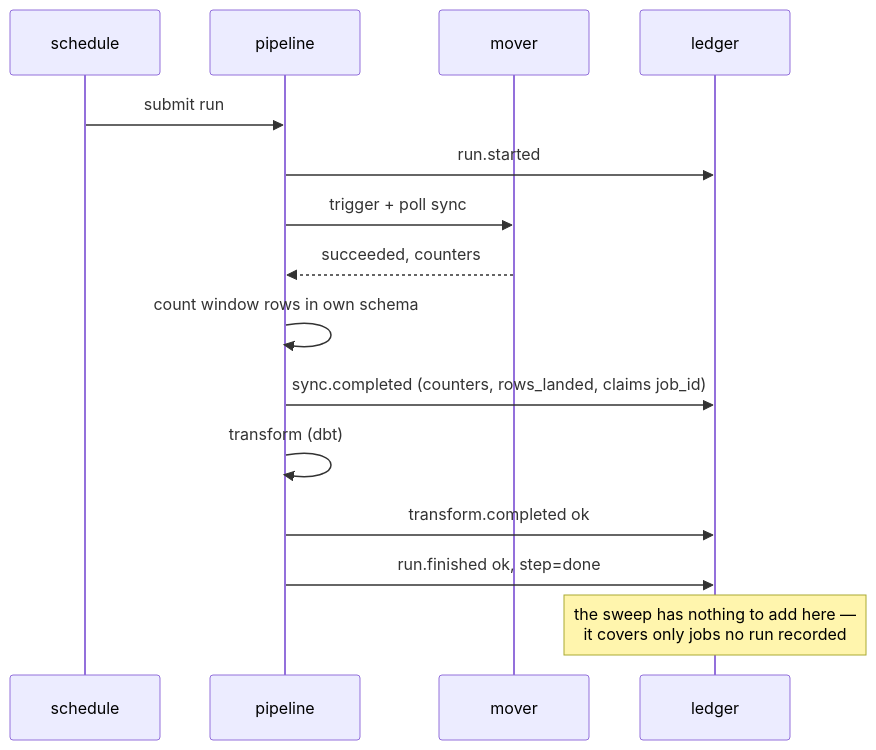
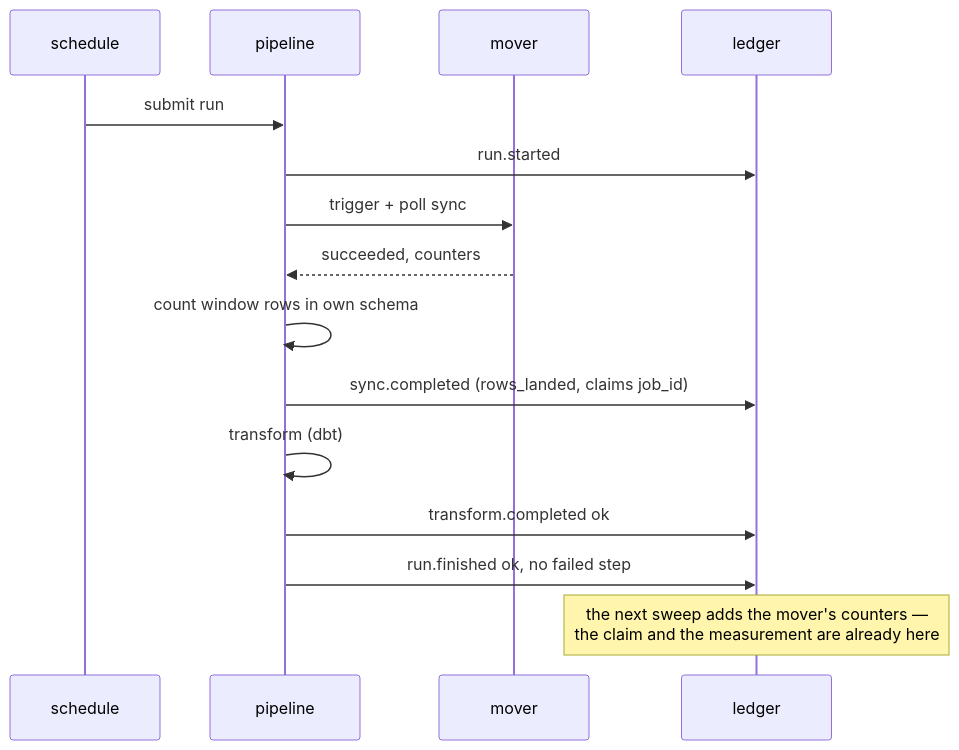
One commit to constructorfabric/insight changed the second of 5 diagrams in docs/components/backend/analytics/specs/connector-health/DESIGN.md. Above: the diagram before and after it, drawn with Mermaid. The commit also changed other lines of this file and 1 other file, not shown here.

````diff
--- a/docs/components/backend/analytics/specs/connector-health/DESIGN.md
+++ b/docs/components/backend/analytics/specs/connector-health/DESIGN.md
@@ -482,17 +482,17 @@
 ```mermaid
 sequenceDiagram
     participant CW as schedule
     participant PL as pipeline
     participant MV as mover
     participant LG as ledger
     CW->>PL: submit run
     PL->>LG: run.started
     PL->>MV: trigger + poll sync
     MV-->>PL: succeeded, counters
     PL->>PL: count window rows in own schema
-    PL->>LG: sync.completed (counters, rows_landed, claims job_id)
+    PL->>LG: sync.completed (rows_landed, claims job_id)
     PL->>PL: transform (dbt)
     PL->>LG: transform.completed ok
-    PL->>LG: run.finished ok, step=done
-    Note over LG: the sweep has nothing to add here —<br/>it covers only jobs no run recorded
+    PL->>LG: run.finished ok, no failed step
+    Note over LG: the next sweep adds the mover's counters —<br/>the claim and the measurement are already here
 ```
````
